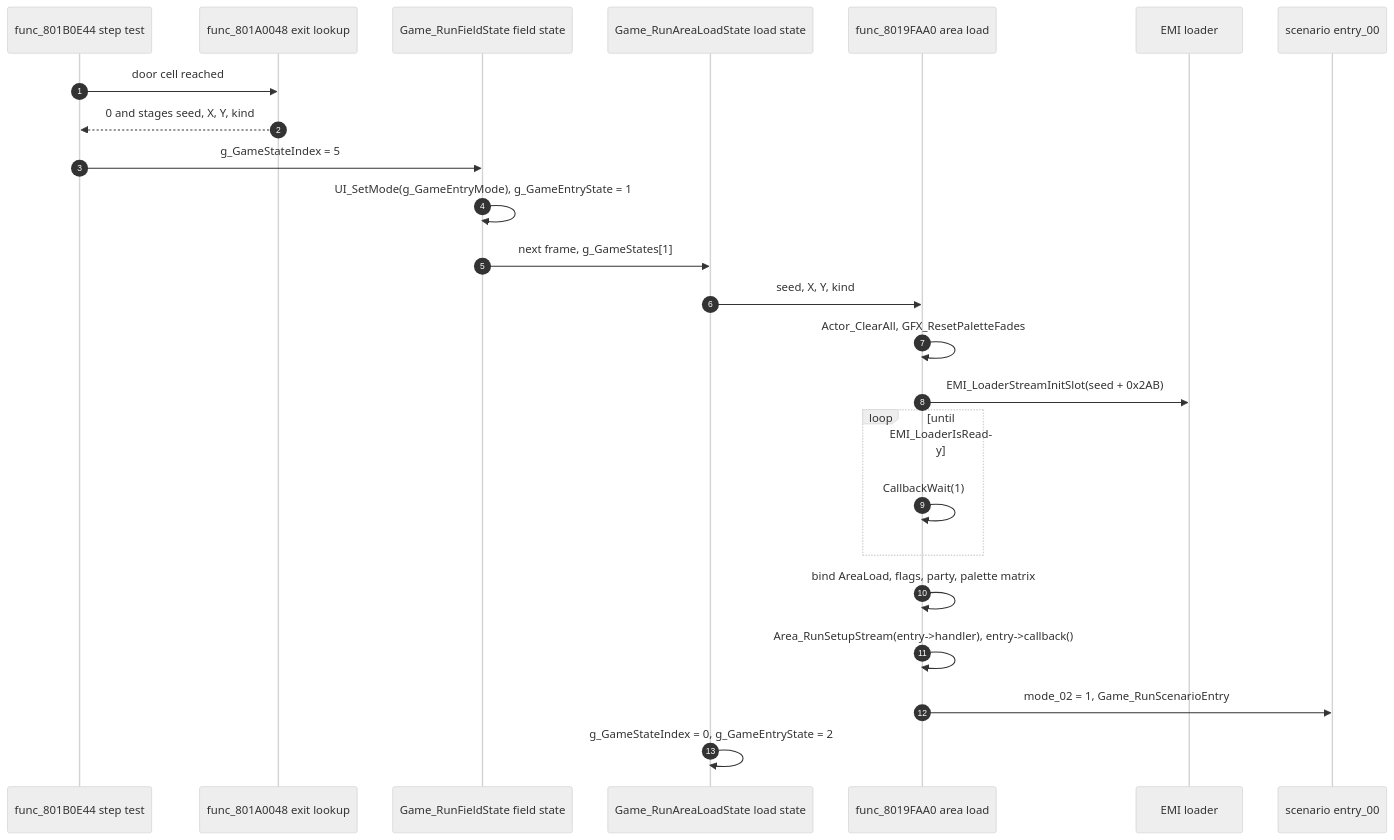
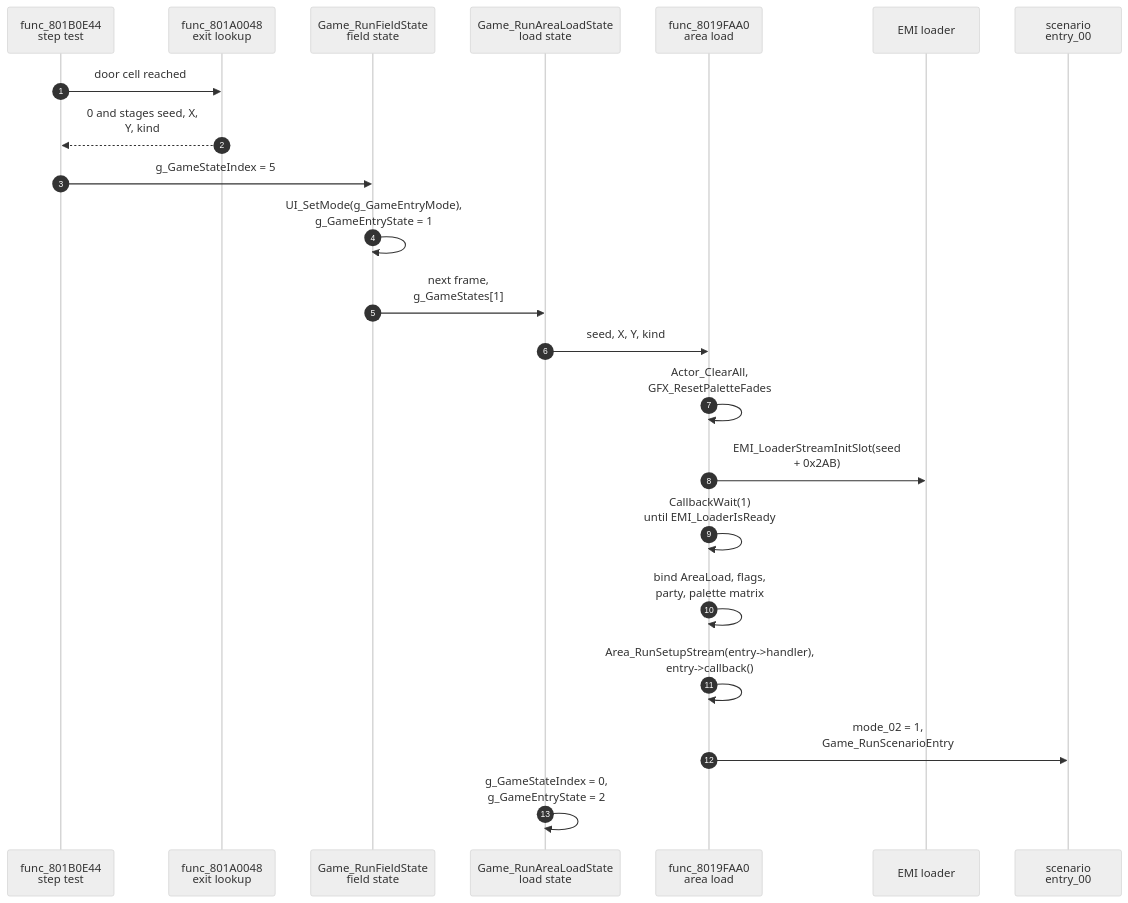
One commit to raulcorreia7/bof3-wiki changed the diagram in src/content/docs/systems/areas.md. Above: the diagram before and after it, drawn with Mermaid (neutral theme). The commit also changed 7 other files, not shown here.

Commit message:
fix(diagrams): break long sequence labels by hand, stop line-over-label and overlap

````diff
--- a/src/content/docs/systems/areas.md
+++ b/src/content/docs/systems/areas.md
@@ -50,26 +50,24 @@
 ```mermaid
 sequenceDiagram
     autonumber
-    participant S as func_801B0E44 step test
-    participant X as func_801A0048 exit lookup
-    participant F as Game_RunFieldState field state
-    participant L as Game_RunAreaLoadState load state
-    participant A as func_8019FAA0 area load
+    participant S as func_801B0E44<br/>step test
+    participant X as func_801A0048<br/>exit lookup
+    participant F as Game_RunFieldState<br/>field state
+    participant L as Game_RunAreaLoadState<br/>load state
+    participant A as func_8019FAA0<br/>area load
     participant E as EMI loader
-    participant R as scenario entry_00
+    participant R as scenario<br/>entry_00
     S->>X: door cell reached
-    X-->>S: 0 and stages seed, X, Y, kind
+    X-->>S: 0 and stages seed, X,<br/>Y, kind
     S->>F: g_GameStateIndex = 5
-    F->>F: UI_SetMode(g_GameEntryMode), g_GameEntryState = 1
-    F->>L: next frame, g_GameStates[1]
+    F->>F: UI_SetMode(g_GameEntryMode),<br/>g_GameEntryState = 1
+    F->>L: next frame,<br/>g_GameStates[1]
     L->>A: seed, X, Y, kind
-    A->>A: Actor_ClearAll, GFX_ResetPaletteFades
-    A->>E: EMI_LoaderStreamInitSlot(seed + 0x2AB)
-    loop until EMI_LoaderIsReady
-        A->>A: CallbackWait(1)
-    end
-    A->>A: bind AreaLoad, flags, party, palette matrix
-    A->>A: Area_RunSetupStream(entry->handler), entry->callback()
-    A->>R: mode_02 = 1, Game_RunScenarioEntry
-    L->>L: g_GameStateIndex = 0, g_GameEntryState = 2
+    A->>A: Actor_ClearAll,<br/>GFX_ResetPaletteFades
+    A->>E: EMI_LoaderStreamInitSlot(seed<br/>+ 0x2AB)
+    A->>A: CallbackWait(1)<br/>until EMI_LoaderIsReady
+    A->>A: bind AreaLoad, flags,<br/>party, palette matrix
+    A->>A: Area_RunSetupStream(entry->handler),<br/>entry->callback()
+    A->>R: mode_02 = 1,<br/>Game_RunScenarioEntry
+    L->>L: g_GameStateIndex = 0,<br/>g_GameEntryState = 2
 ```
````
